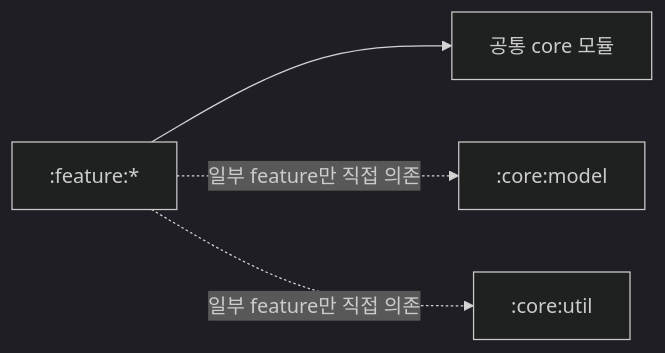
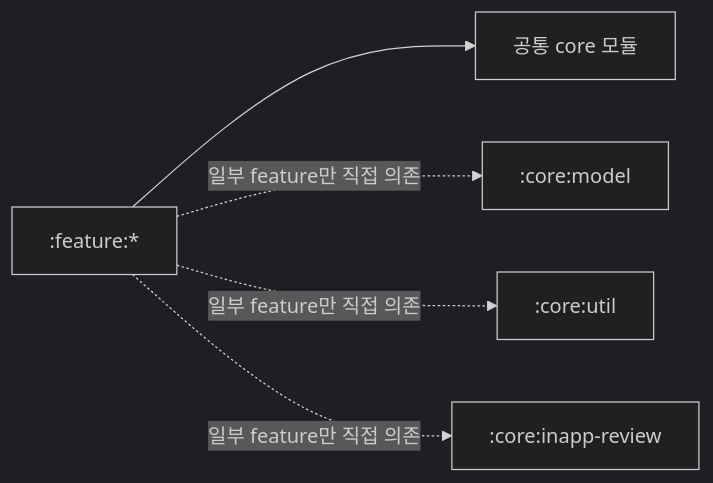
One commit to whatever-x/Caro-Mobile changed the fourth of 11 diagrams in ARCHITECTURE.md. Above: the diagram before and after it, drawn with Mermaid (dark theme). The commit also changed other lines of this file and 38 other files, not shown here.

````diff
--- a/ARCHITECTURE.md
+++ b/ARCHITECTURE.md
@@ -129,6 +135,7 @@
 ```mermaid
 flowchart LR
     feature[":feature:*"] --> common["공통 core 모듈"]
     feature -.->|일부 feature만 직접 의존| model[":core:model"]
     feature -.->|일부 feature만 직접 의존| util[":core:util"]
+    feature -.->|일부 feature만 직접 의존| inappReview[":core:inapp-review"]
 ```
````
